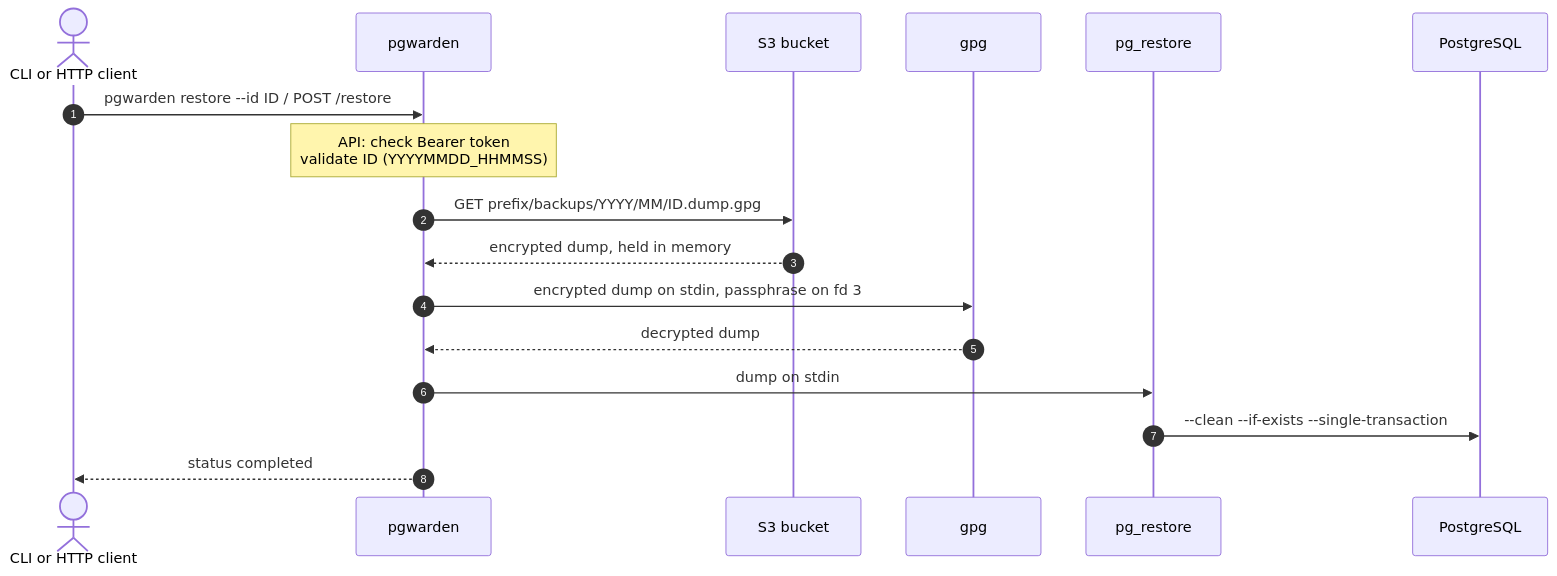
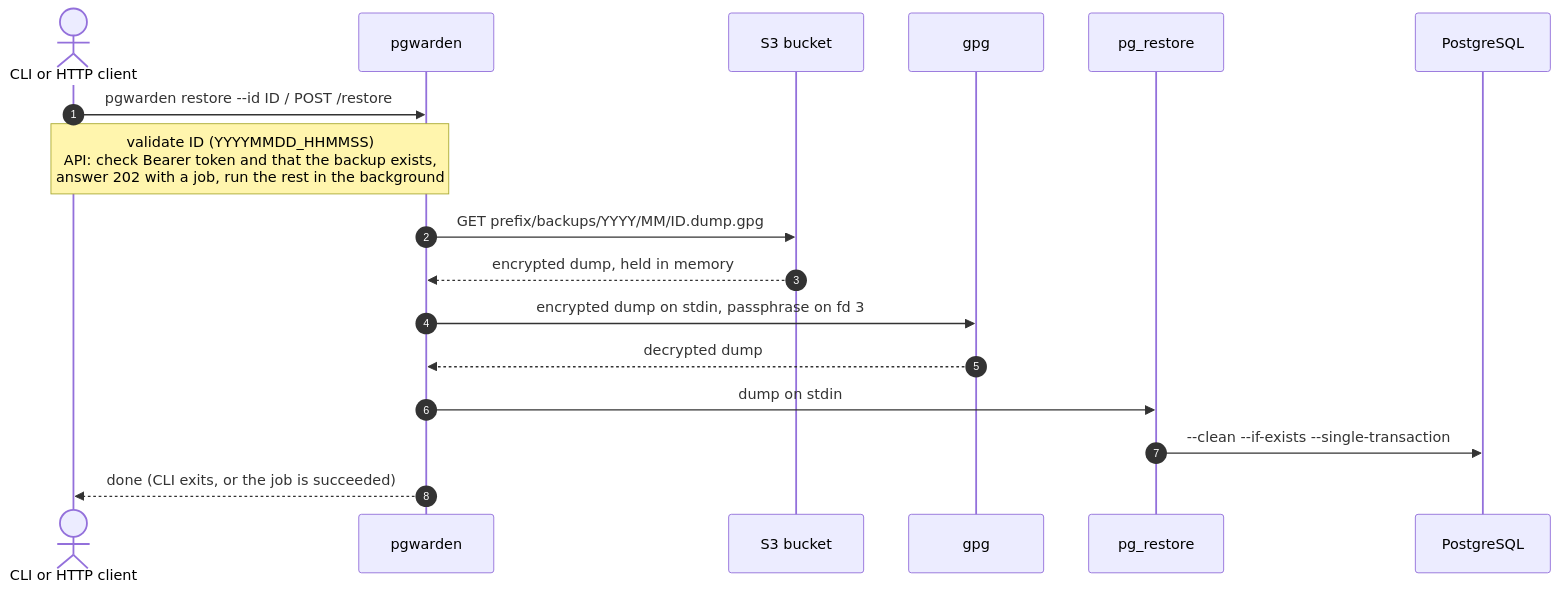
One commit to rfqma/pgwarden changed the third of 3 diagrams in README.md. Above: the diagram before and after it, drawn with Mermaid. The commit also changed other lines of this file and 3 other files, not shown here.

First line of the commit message:
feat!: run API backups and restores as background jobs

````diff
--- a/README.md
+++ b/README.md
@@ -318,20 +358,20 @@
 ```mermaid
 sequenceDiagram
     autonumber
     actor U as CLI or HTTP client
     participant W as pgwarden
     participant S as S3 bucket
     participant G as gpg
     participant R as pg_restore
     participant P as PostgreSQL
 
     U->>W: pgwarden restore --id ID / POST /restore
-    Note over W: API: check Bearer token<br/>validate ID (YYYYMMDD_HHMMSS)
+    Note over U,W: validate ID (YYYYMMDD_HHMMSS)<br/>API: check Bearer token and that the backup exists,<br/>answer 202 with a job, run the rest in the background
     W->>S: GET prefix/backups/YYYY/MM/ID.dump.gpg
     S-->>W: encrypted dump, held in memory
     W->>G: encrypted dump on stdin, passphrase on fd 3
     G-->>W: decrypted dump
     W->>R: dump on stdin
     R->>P: --clean --if-exists --single-transaction
-    W-->>U: status completed
+    W-->>U: done (CLI exits, or the job is succeeded)
 ```
````
